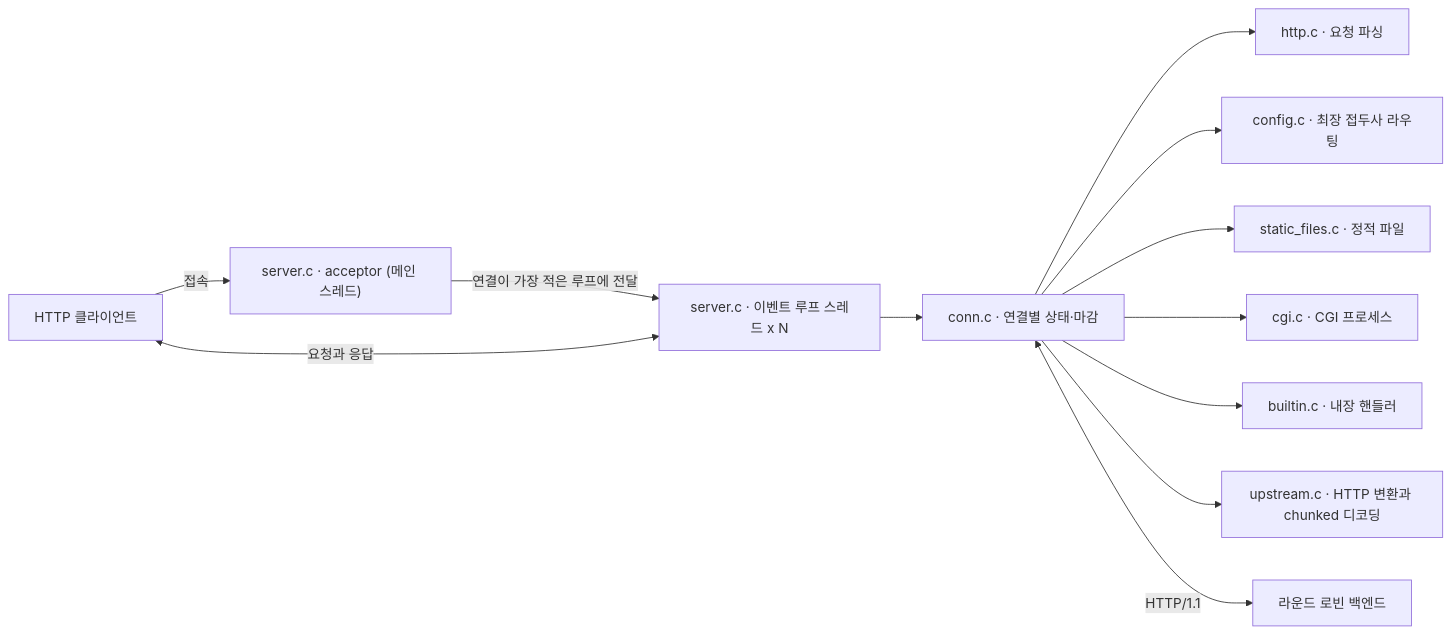
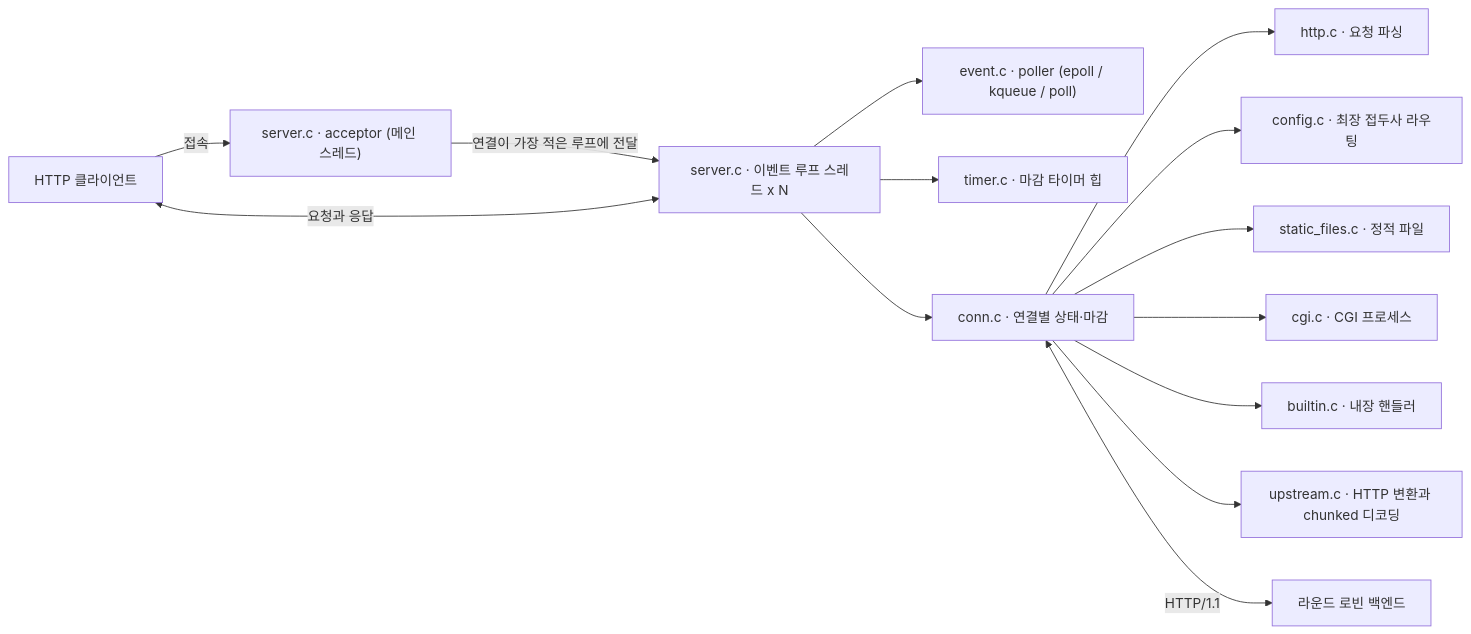
The fifth of 5 diagrams in README.md (1224kang/mini-web-server), drawn with Mermaid before and after one commit. The commit also changed other lines of this file and 4 other files, not shown here.

````diff
--- a/README.md
+++ b/README.md
@@ -81,14 +298,16 @@
 ```mermaid
 flowchart LR
     C["HTTP 클라이언트"] -->|"접속"| A0["server.c · acceptor (메인 스레드)"]
     A0 -->|"연결이 가장 적은 루프에 전달"| S["server.c · 이벤트 루프 스레드 x N"]
     C <-->|"요청과 응답"| S
+    S --> E["event.c · poller (epoll / kqueue / poll)"]
+    S --> T["timer.c · 마감 타이머 힙"]
     S --> N["conn.c · 연결별 상태·마감"]
     N --> H["http.c · 요청 파싱"]
     N --> P["config.c · 최장 접두사 라우팅"]
     N --> F["static_files.c · 정적 파일"]
     N --> G["cgi.c · CGI 프로세스"]
     N --> B["builtin.c · 내장 핸들러"]
     N --> U["upstream.c · HTTP 변환과 chunked 디코딩"]
     N <-->|"HTTP/1.1"| A["라운드 로빈 백엔드"]
 ```
````
